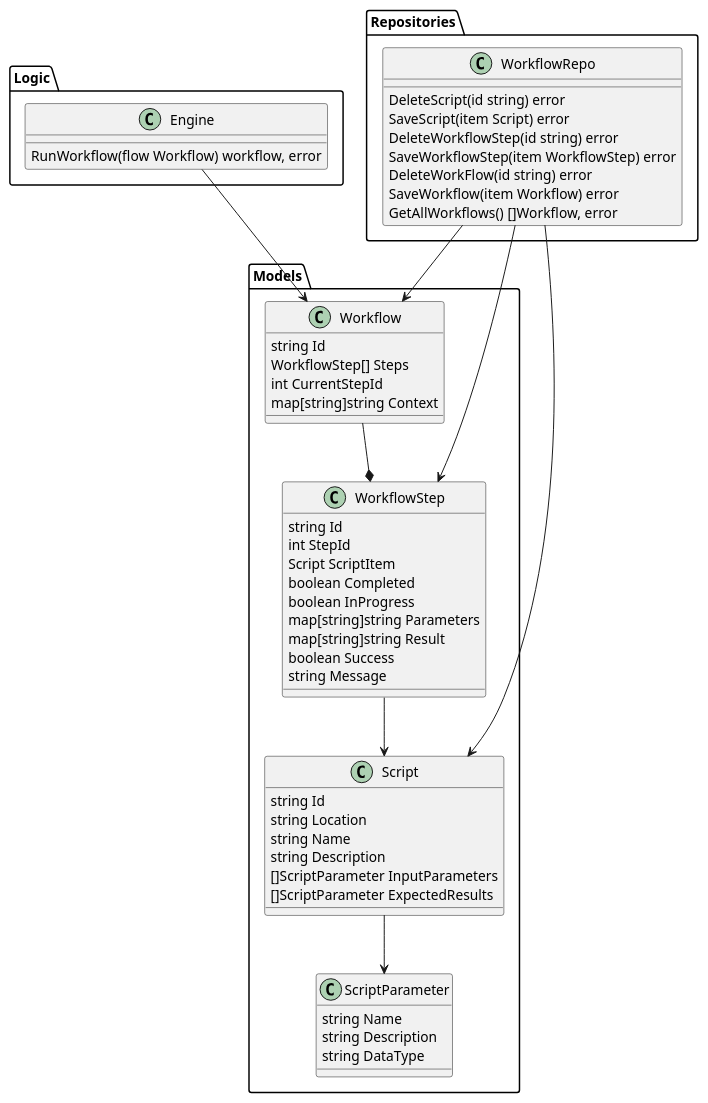
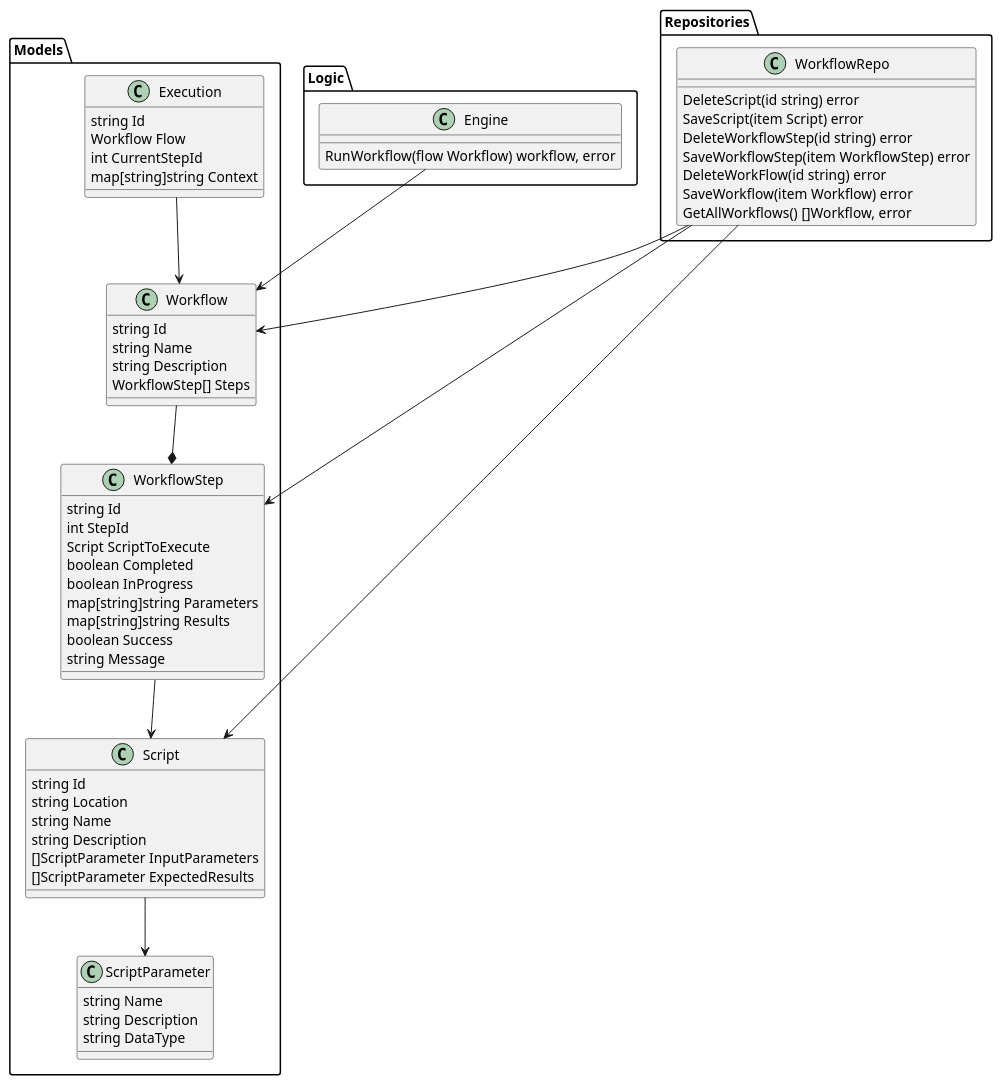
The diagram in design/classes.wsd (Mallekoppie/script-workflow-engine), drawn with PlantUML before and after one commit. The commit also changed 11 other files, not shown here.

```diff
--- a/design/classes.wsd
+++ b/design/classes.wsd
@@ -1,67 +1,75 @@
 @startuml
 
 package Models {
     class ScriptParameter {
         string Name
         string Description
         string DataType
     }
 
     class Script {
         string Id
         string Location
         string Name
         string Description
         []ScriptParameter InputParameters
         []ScriptParameter ExpectedResults
     }
 
     class WorkflowStep {
         string Id
         int StepId
-        Script ScriptItem
+        Script ScriptToExecute
         boolean Completed
         boolean InProgress
         map[string]string Parameters
-        map[string]string Result
+        map[string]string Results
         boolean Success
         string Message
     }
 
     class Workflow {
         string Id
-        WorkflowStep[] Steps
+        string Name
+        string Description
+        WorkflowStep[] Steps        
+    }
+
+    class Execution {
+        string Id 
+        Workflow Flow
         int CurrentStepId
         map[string]string Context
     }
 }
 
 Script --> ScriptParameter
 WorkflowStep --> Script
 Workflow --* WorkflowStep
+Execution --> Workflow
 
 package Repositories {
     class WorkflowRepo {
         DeleteScript(id string) error
         SaveScript(item Script) error
         DeleteWorkflowStep(id string) error
         SaveWorkflowStep(item WorkflowStep) error
         DeleteWorkFlow(id string) error
         SaveWorkflow(item Workflow) error
         GetAllWorkflows() []Workflow, error
     }
 }
 
 WorkflowRepo --> Workflow
 WorkflowRepo --> WorkflowStep
 WorkflowRepo --> Script
 
 package Logic {
     class Engine {
         RunWorkflow(flow Workflow) workflow, error
     }
 }
 
 Engine --> Workflow
 
 @enduml
```
